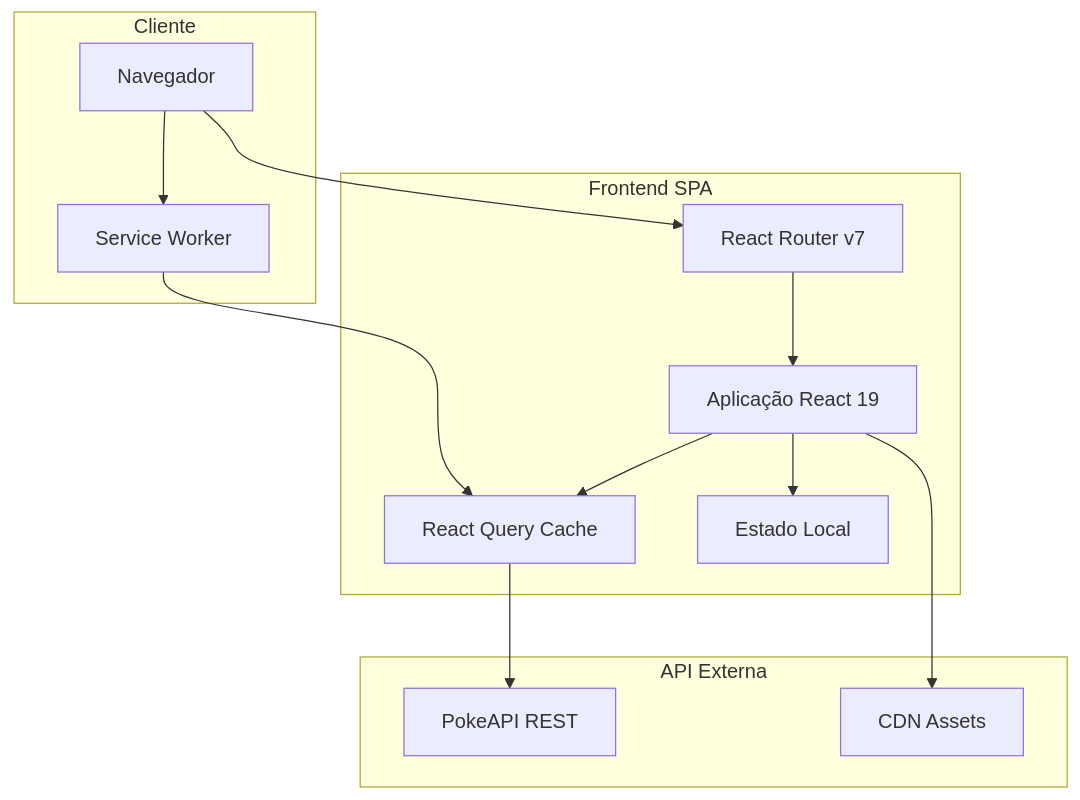
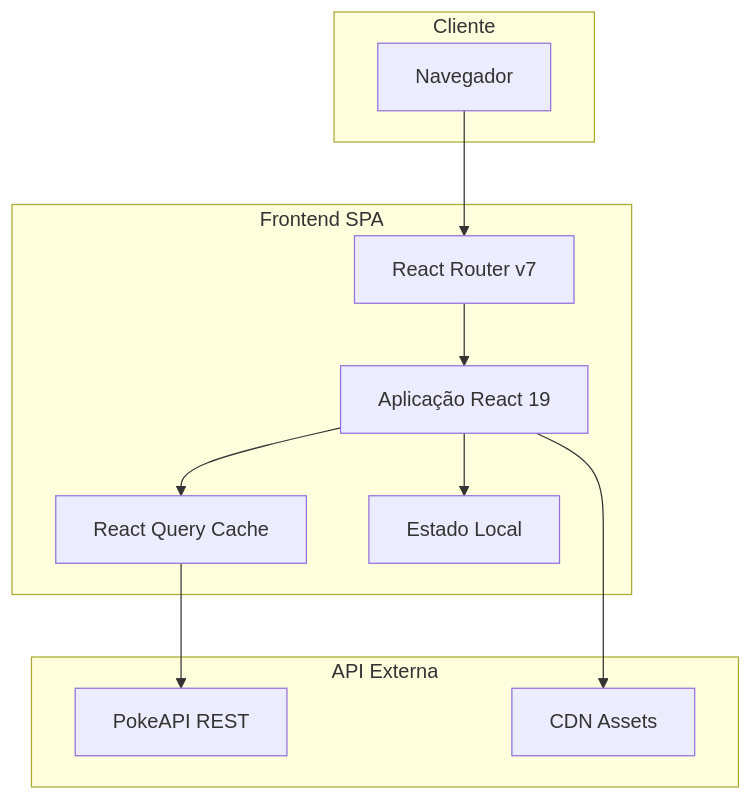
The first of 3 diagrams in ARCHITECTURE.md (jaaymes/poke-yampa), drawn with Mermaid before and after one commit. The commit also changed 8 other files, not shown here.

First line of the commit message:
feat: remove service worker implementation

````diff
--- a/ARCHITECTURE.md
+++ b/ARCHITECTURE.md
@@ -29,28 +29,25 @@
 ```mermaid
 graph TB
     subgraph "Cliente"
         Browser[Navegador]
-        SW[Service Worker]
     end
     
     subgraph "Frontend SPA"
         Router[React Router v7]
         App[Aplicação React 19]
         Query[React Query Cache]
         Store[Estado Local]
     end
     
     subgraph "API Externa"
         PokeAPI[PokeAPI REST]
         CDN[CDN Assets]
     end
     
-    Browser --> SW
     Browser --> Router
     Router --> App
     App --> Query
     App --> Store
     Query --> PokeAPI
     App --> CDN
-    SW --> Query
 ```
````
